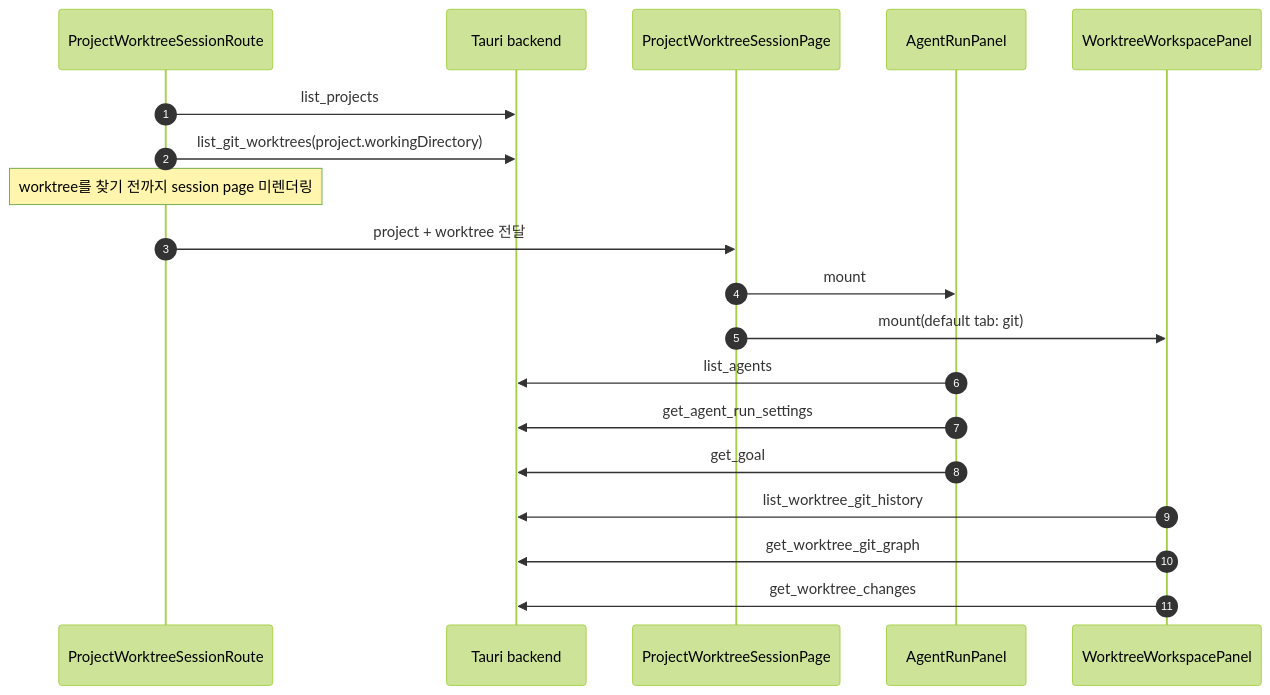
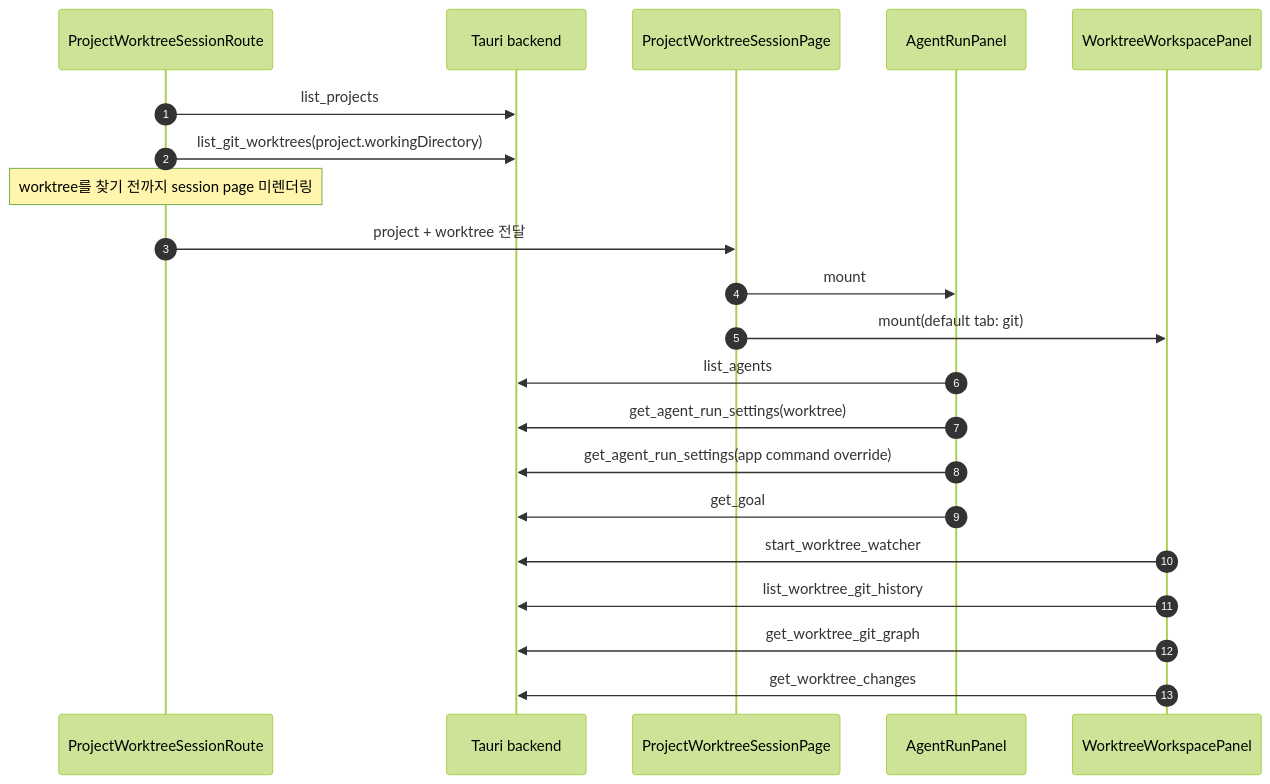
The first of 2 diagrams in docs/worktree-session-loading-performance-review.md (yoophi/agentic-workspace), drawn with Mermaid (forest theme) before and after one commit. The commit also changed other lines of this file, not shown here.

First line of the commit message:
docs: expand worktree session performance review with backend findings

````diff
--- a/docs/worktree-session-loading-performance-review.md
+++ b/docs/worktree-session-loading-performance-review.md
@@ -17,22 +17,24 @@
 ```mermaid
 sequenceDiagram
   autonumber
   participant Route as ProjectWorktreeSessionRoute
   participant Backend as Tauri backend
   participant Page as ProjectWorktreeSessionPage
   participant Agent as AgentRunPanel
   participant Workspace as WorktreeWorkspacePanel
 
   Route->>Backend: list_projects
   Route->>Backend: list_git_worktrees(project.workingDirectory)
   Note over Route: worktree를 찾기 전까지 session page 미렌더링
   Route->>Page: project + worktree 전달
   Page->>Agent: mount
   Page->>Workspace: mount(default tab: git)
   Agent->>Backend: list_agents
-  Agent->>Backend: get_agent_run_settings
+  Agent->>Backend: get_agent_run_settings(worktree)
+  Agent->>Backend: get_agent_run_settings(app command override)
   Agent->>Backend: get_goal
+  Workspace->>Backend: start_worktree_watcher
   Workspace->>Backend: list_worktree_git_history
   Workspace->>Backend: get_worktree_git_graph
   Workspace->>Backend: get_worktree_changes
 ```
````
